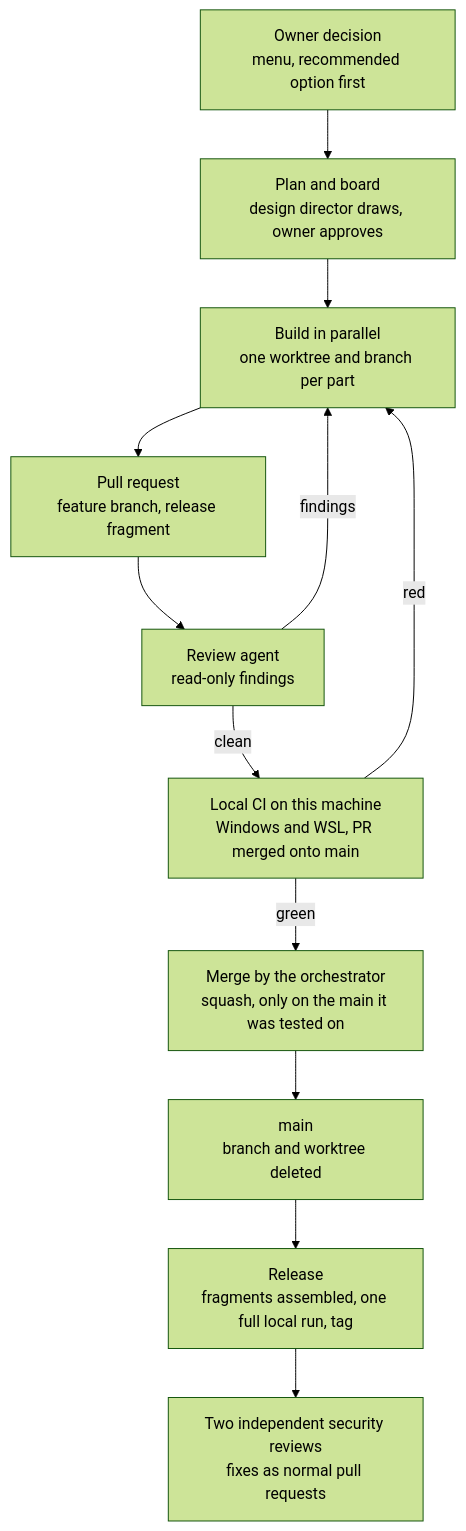
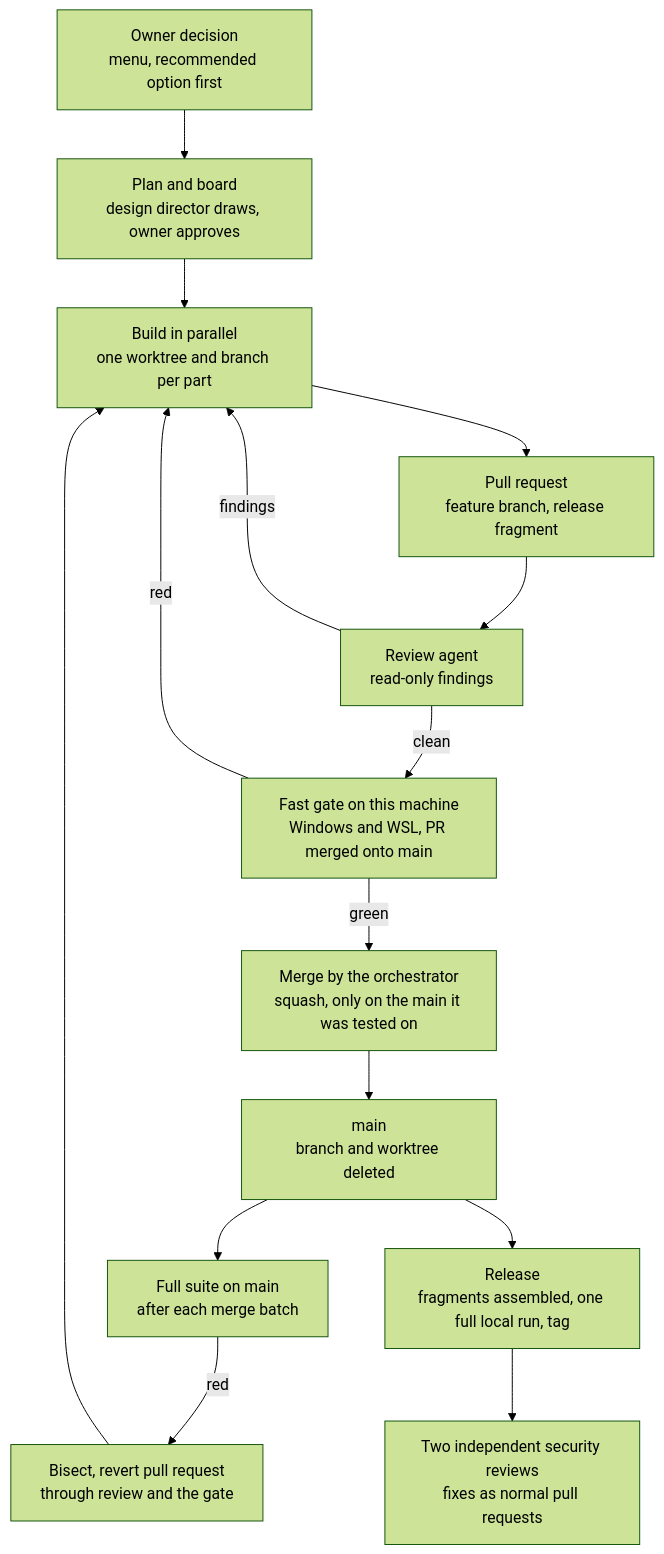
Before and after one commit to MouseWerk/Kalzit: the first of 2 diagrams in docs/process.md, drawn with Mermaid (forest theme). The commit also changed other lines of this file and 37 other files, not shown here.

````diff
--- a/docs/process.md
+++ b/docs/process.md
@@ -24,14 +24,17 @@
 ```mermaid
 flowchart TD
   D[Owner decision<br/>menu, recommended option first] --> B[Plan and board<br/>design director draws, owner approves]
   B --> W[Build in parallel<br/>one worktree and branch per part]
   W --> P[Pull request<br/>feature branch, release fragment]
   P --> R[Review agent<br/>read-only findings]
   R -- findings --> W
-  R -- clean --> C[Local CI on this machine<br/>Windows and WSL, PR merged onto main]
+  R -- clean --> C[Fast gate on this machine<br/>Windows and WSL, PR merged onto main]
   C -- red --> W
   C -- green --> Q[Merge by the orchestrator<br/>squash, only on the main it was tested on]
   Q --> M[main<br/>branch and worktree deleted]
+  M --> F[Full suite on main<br/>after each merge batch]
+  F -- red --> V[Bisect, revert pull request<br/>through review and the gate]
+  V --> W
   M --> G["Release<br/>fragments assembled, one full local run, tag"]
   G --> S[Two independent security reviews<br/>fixes as normal pull requests]
 ```
````
